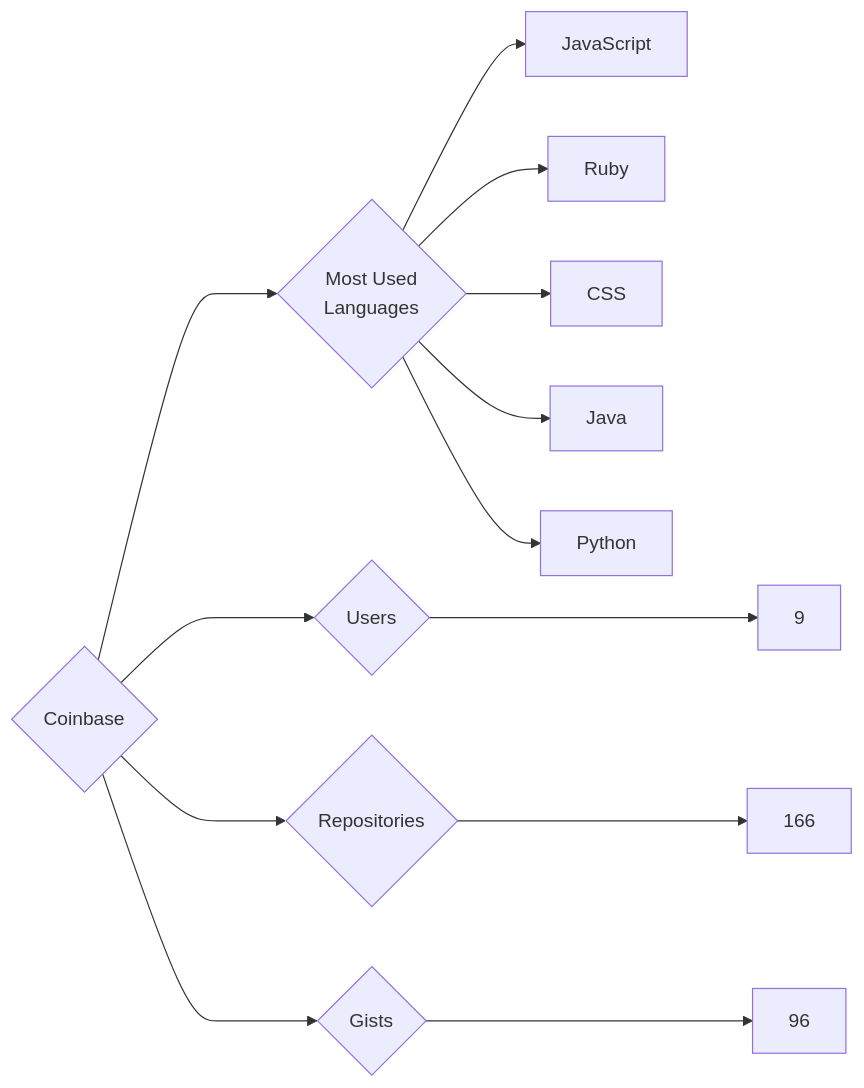
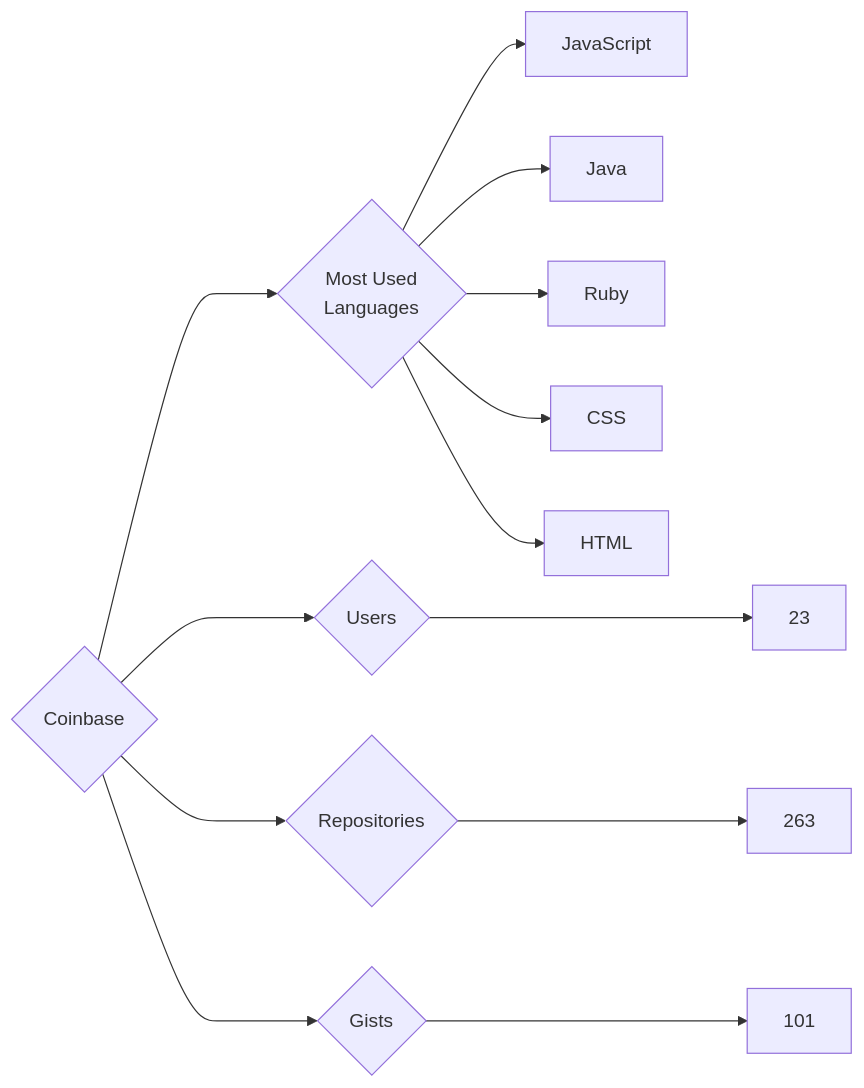
One commit to trickest/insiders changed the diagram in targets/Coinbase/README.md. Above: the diagram before and after it, drawn with Mermaid. The commit also changed 594 other files, not shown here.

````diff
--- a/targets/Coinbase/README.md
+++ b/targets/Coinbase/README.md
@@ -3,13 +3,13 @@
 ```mermaid
 graph LR
 COMPANY_NAME{Coinbase}
-COMPANY_NAME ---> U{Users} ---> UN[9]
-COMPANY_NAME ---> R{Repositories} ---> RN[166]
-COMPANY_NAME ---> G{Gists} ---> GN[96]
+COMPANY_NAME ---> U{Users} ---> UN[23]
+COMPANY_NAME ---> R{Repositories} ---> RN[263]
+COMPANY_NAME ---> G{Gists} ---> GN[101]
 COMPANY_NAME ---> ML{Most Used<br>Languages}
 ML --> JavaScript[JavaScript]
+ML --> Java[Java]
 ML --> Ruby[Ruby]
 ML --> CSS[CSS]
-ML --> Java[Java]
-ML --> Python[Python]
+ML --> HTML[HTML]
 ```
````
